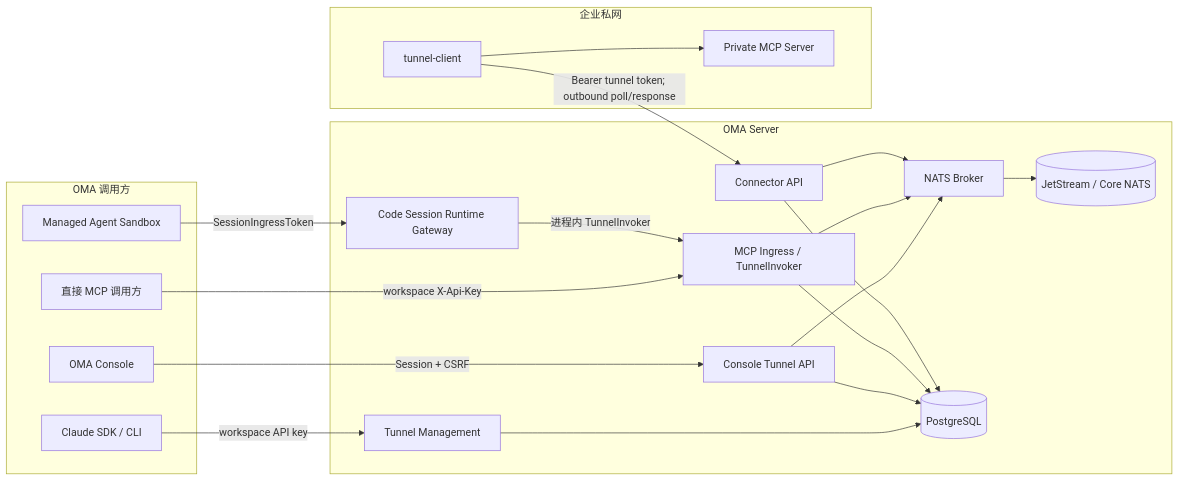
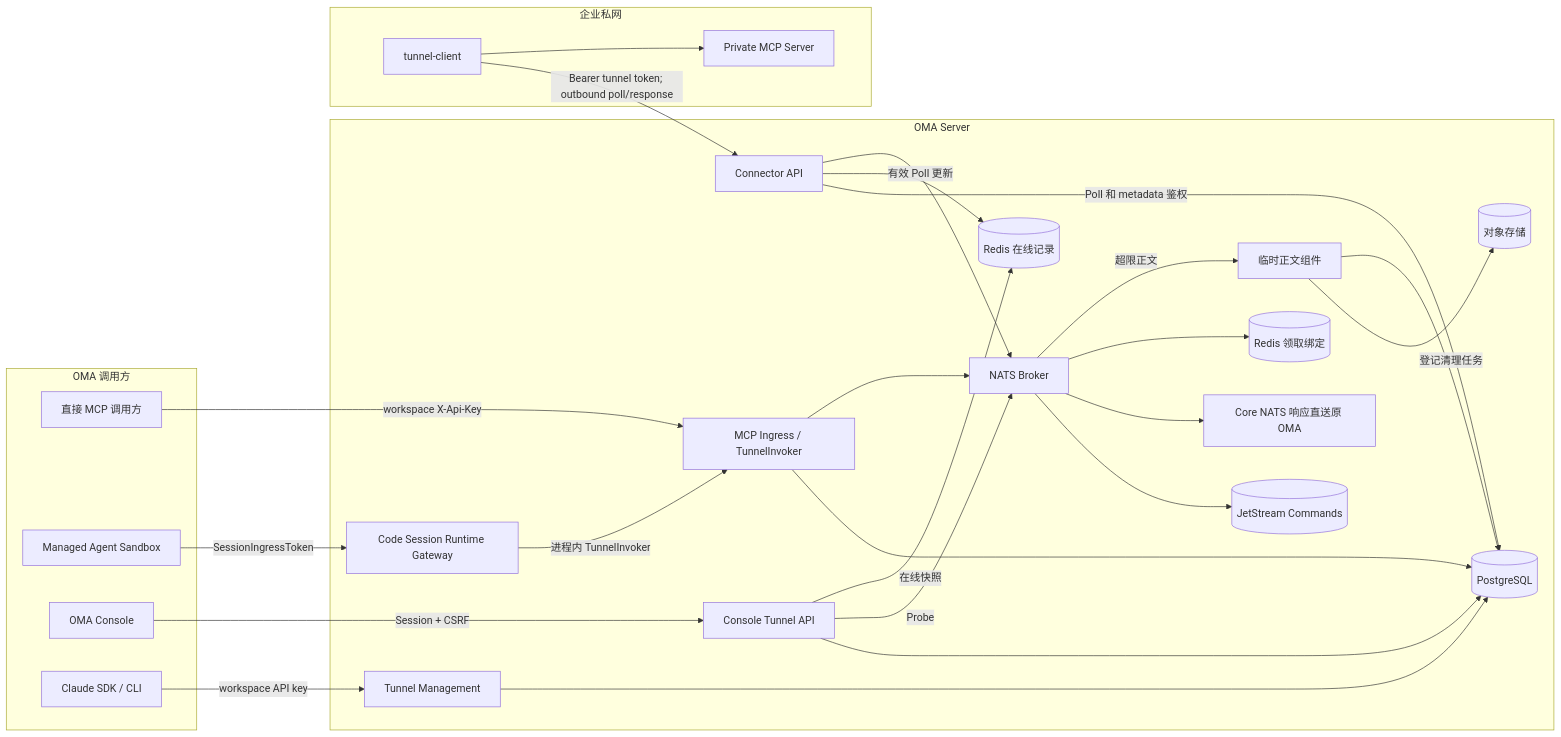
Before and after one commit to superduck-ai/open-managed-agents: the first of 4 diagrams in docs/design/mcp-tunnel-developer-guide.md, drawn with Mermaid. The commit also changed other lines of this file and 77 other files, not shown here.

First line of the commit message:
[modify] simplify MCP tunnel delivery and use Redis claim bindings (#392)

````diff
--- a/docs/design/mcp-tunnel-developer-guide.md
+++ b/docs/design/mcp-tunnel-developer-guide.md
@@ -28,41 +28,53 @@
 ```mermaid
 flowchart LR
     subgraph OMAClients[OMA 调用方]
         Direct[直接 MCP 调用方]
         Sandbox[Managed Agent Sandbox]
         Console[OMA Console]
         SDK[Claude SDK / CLI]
     end
 
     subgraph OMA[OMA Server]
         Management[Tunnel Management]
         ConsoleAPI[Console Tunnel API]
         RuntimeGateway[Code Session Runtime Gateway]
         Ingress[MCP Ingress / TunnelInvoker]
         ConnectorAPI[Connector API]
         Broker[NATS Broker]
         TunnelDB[(PostgreSQL)]
-        NATS[(JetStream / Core NATS)]
+        Commands[(JetStream Commands)]
+        Core[Core NATS 响应直送原 OMA]
+        Bindings[(Redis 领取绑定)]
+        Presence[(Redis 在线记录)]
+        PayloadStore[临时正文组件]
+        Objects[(对象存储)]
     end
 
     subgraph PrivateNetwork[企业私网]
         Client[tunnel-client]
         PrivateMCP[Private MCP Server]
     end
 
     SDK -->|workspace API key| Management
     Console -->|Session + CSRF| ConsoleAPI
     Direct -->|workspace X-Api-Key| Ingress
     Sandbox -->|SessionIngressToken| RuntimeGateway
     RuntimeGateway -->|进程内 TunnelInvoker| Ingress
     Management --> TunnelDB
     ConsoleAPI --> TunnelDB
-    ConsoleAPI --> Broker
+    ConsoleAPI -->|Probe| Broker
+    ConsoleAPI -->|在线快照| Presence
     Ingress --> TunnelDB
     Ingress --> Broker
-    ConnectorAPI --> TunnelDB
+    ConnectorAPI -->|Poll 和 metadata 鉴权| TunnelDB
+    ConnectorAPI -->|有效 Poll 更新| Presence
     ConnectorAPI --> Broker
-    Broker --> NATS
+    Broker --> Commands
+    Broker --> Core
+    Broker --> Bindings
+    Broker -->|超限正文| PayloadStore
+    PayloadStore --> Objects
+    PayloadStore -->|登记清理任务| TunnelDB
     Client -->|Bearer tunnel token; outbound poll/response| ConnectorAPI
     Client --> PrivateMCP
 ```
````
